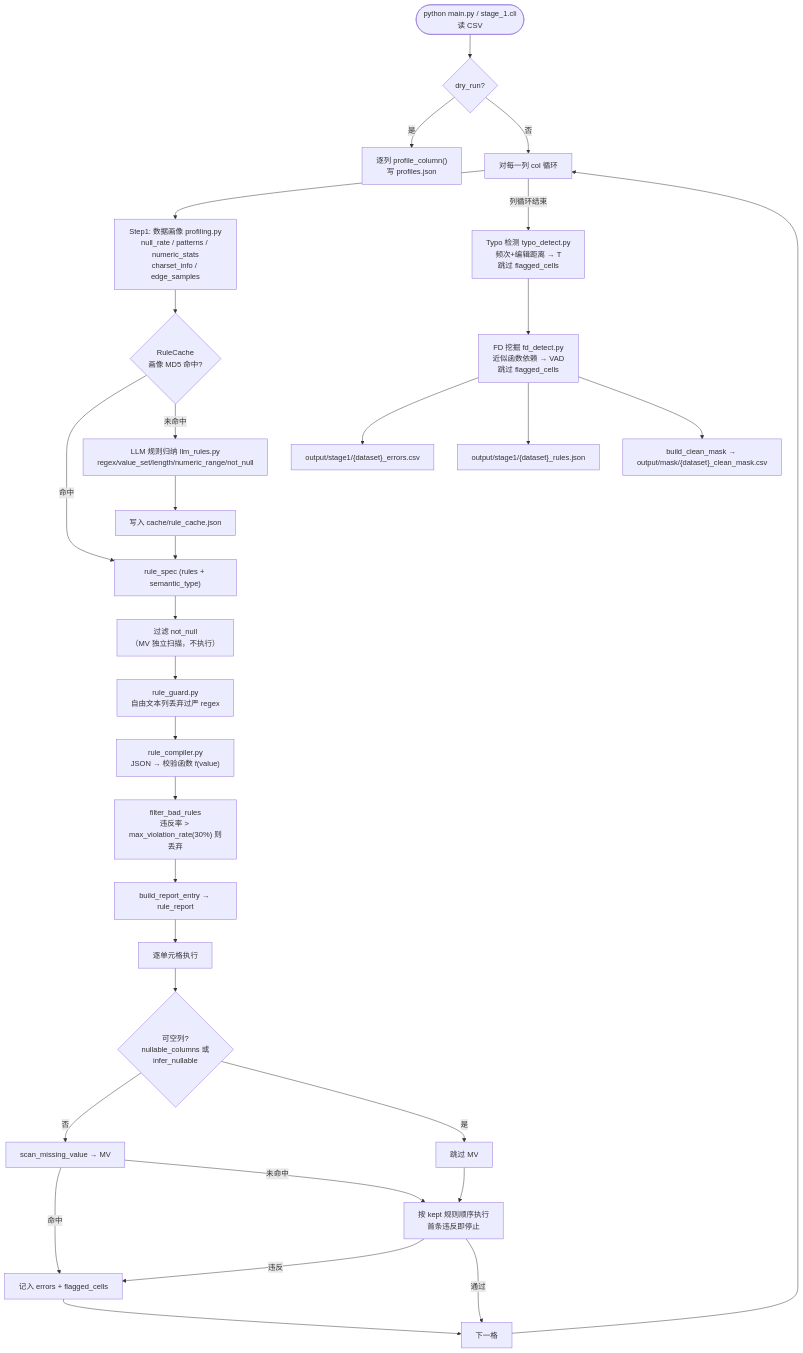
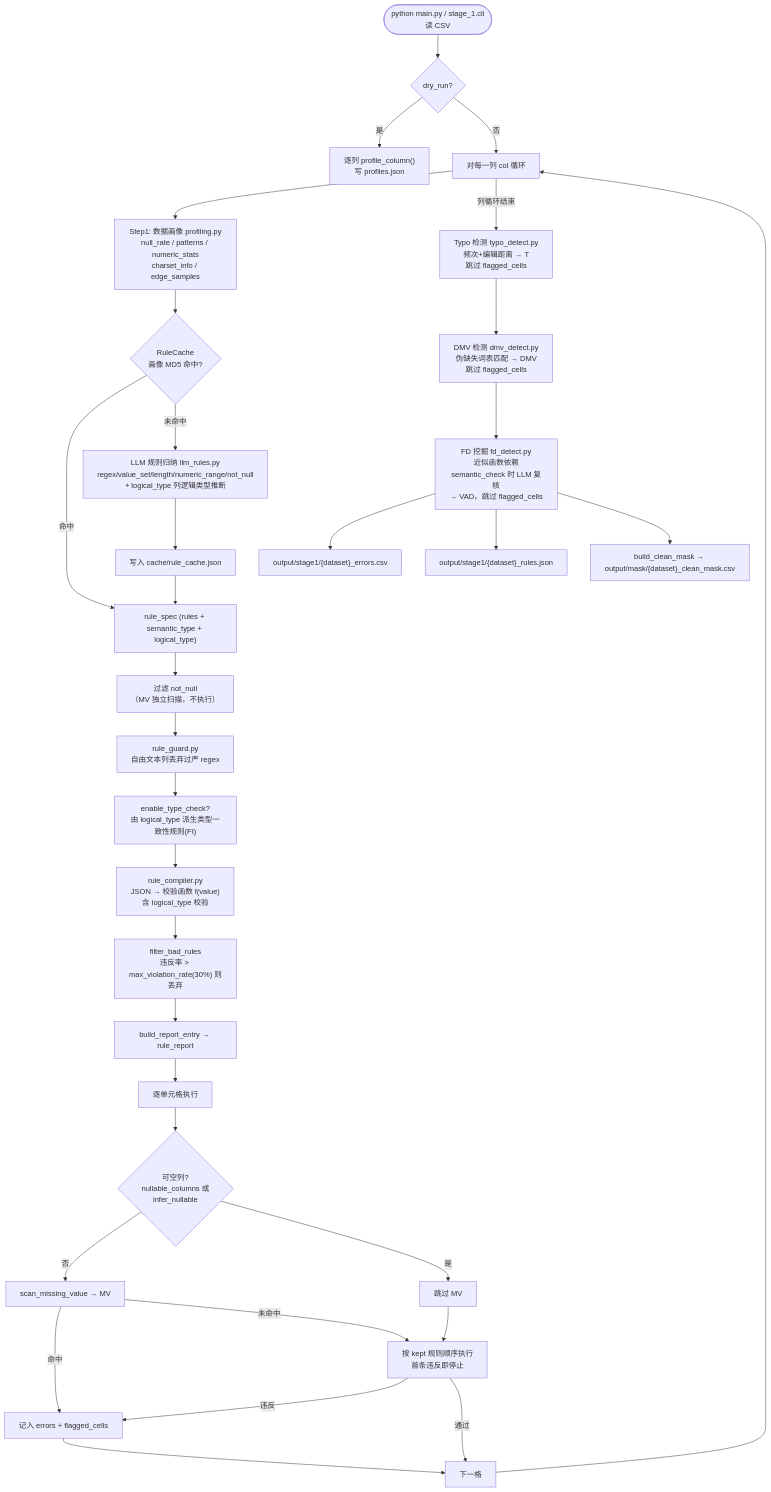
One commit to 1993371829/error_detect changed the third of 8 diagrams in PIPELINE.md. Above: the diagram before and after it, drawn with Mermaid. The commit also changed other lines of this file and 15 other files, not shown here.

First line of the commit message:
Stage 1/2/3 增强：DMV/标准化检测、LLM 健壮解析、Stage 3 统计画像与修复复用

````diff
--- a/PIPELINE.md
+++ b/PIPELINE.md
@@ -243,39 +253,41 @@
 ```mermaid
 flowchart TD
     START(["python main.py / stage_1.cli<br/>读 CSV"]) --> DRY{dry_run?}
 
     DRY -->|是| PROF_ONLY["逐列 profile_column()<br/>写 profiles.json"]
     DRY -->|否| LOOP_COL["对每一列 col 循环"]
 
     LOOP_COL --> P1["Step1: 数据画像 profiling.py<br/>null_rate / patterns / numeric_stats<br/>charset_info / edge_samples"]
 
     P1 --> CACHE{RuleCache<br/>画像 MD5 命中?}
-    CACHE -->|命中| RULES["rule_spec (rules + semantic_type)"]
-    CACHE -->|未命中| LLM1["LLM 规则归纳 llm_rules.py<br/>regex/value_set/length/numeric_range/not_null"]
+    CACHE -->|命中| RULES["rule_spec (rules + semantic_type + logical_type)"]
+    CACHE -->|未命中| LLM1["LLM 规则归纳 llm_rules.py<br/>regex/value_set/length/numeric_range/not_null<br/>+ logical_type 列逻辑类型推断"]
     LLM1 --> SAVE_CACHE["写入 cache/rule_cache.json"]
     SAVE_CACHE --> RULES
 
     RULES --> FILTER1["过滤 not_null<br/>（MV 独立扫描，不执行）"]
     FILTER1 --> GUARD["rule_guard.py<br/>自由文本列丢弃过严 regex"]
-    GUARD --> COMPILE["rule_compiler.py<br/>JSON → 校验函数 f(value)"]
+    GUARD --> TYPERULE["enable_type_check?<br/>由 logical_type 派生类型一致性规则(FI)"]
+    TYPERULE --> COMPILE["rule_compiler.py<br/>JSON → 校验函数 f(value)<br/>含 logical_type 校验"]
     COMPILE --> FILTER2["filter_bad_rules<br/>违反率 > max_violation_rate(30%) 则丢弃"]
     FILTER2 --> REPORT["build_report_entry → rule_report"]
 
     REPORT --> CELL_LOOP["逐单元格执行"]
     CELL_LOOP --> NULLABLE{可空列?<br/>nullable_columns 或<br/>infer_nullable}
     NULLABLE -->|否| MV["scan_missing_value → MV"]
     NULLABLE -->|是| SKIP_MV["跳过 MV"]
     MV -->|命中| FLAG1["记入 errors + flagged_cells"]
     MV -->|未命中| RULE_EXEC["按 kept 规则顺序执行<br/>首条违反即停止"]
     SKIP_MV --> RULE_EXEC
     RULE_EXEC -->|违反| FLAG1
     RULE_EXEC -->|通过| NEXT_CELL["下一格"]
     FLAG1 --> NEXT_CELL
     NEXT_CELL --> LOOP_COL
 
     LOOP_COL -->|列循环结束| TYPO["Typo 检测 typo_detect.py<br/>频次+编辑距离 → T<br/>跳过 flagged_cells"]
-    TYPO --> FD["FD 挖掘 fd_detect.py<br/>近似函数依赖 → VAD<br/>跳过 flagged_cells"]
+    TYPO --> DMV["DMV 检测 dmv_detect.py<br/>伪缺失词表匹配 → DMV<br/>跳过 flagged_cells"]
+    DMV --> FD["FD 挖掘 fd_detect.py<br/>近似函数依赖<br/>semantic_check 时 LLM 复核<br/>→ VAD，跳过 flagged_cells"]
     FD --> OUT1["output/stage1/{dataset}_errors.csv"]
     FD --> OUT2["output/stage1/{dataset}_rules.json"]
     FD --> OUT3["build_clean_mask → output/mask/{dataset}_clean_mask.csv"]
 ```
````
